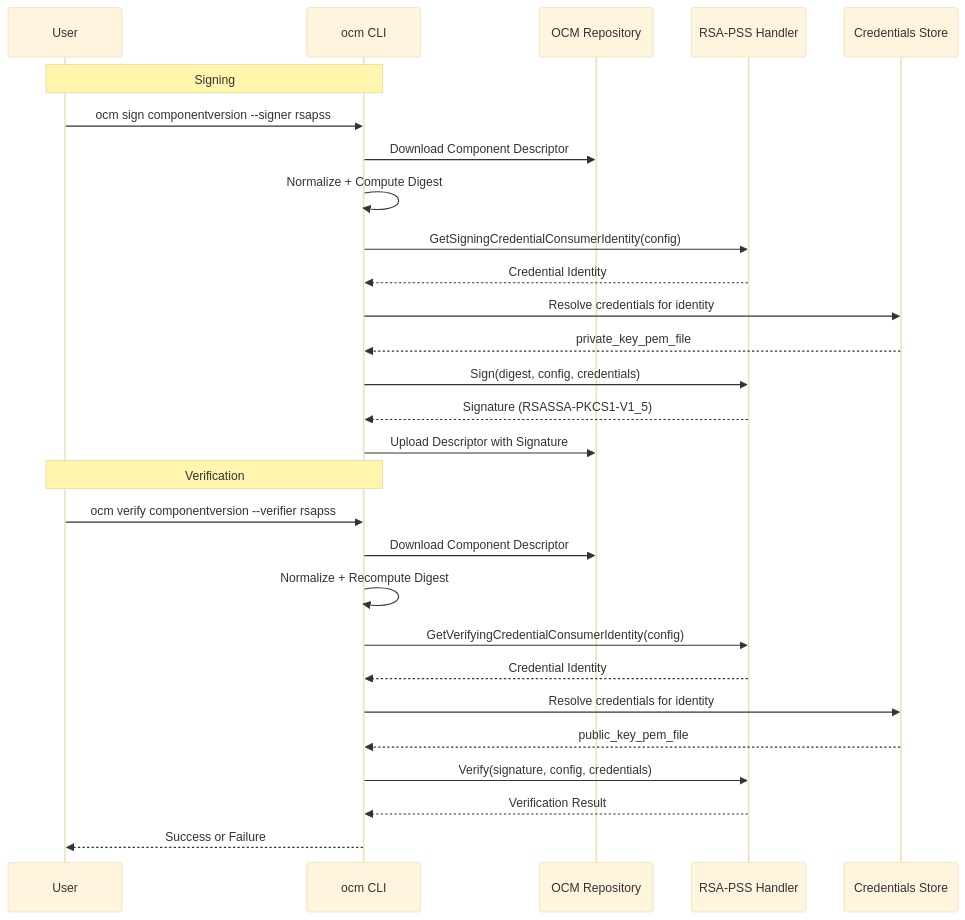
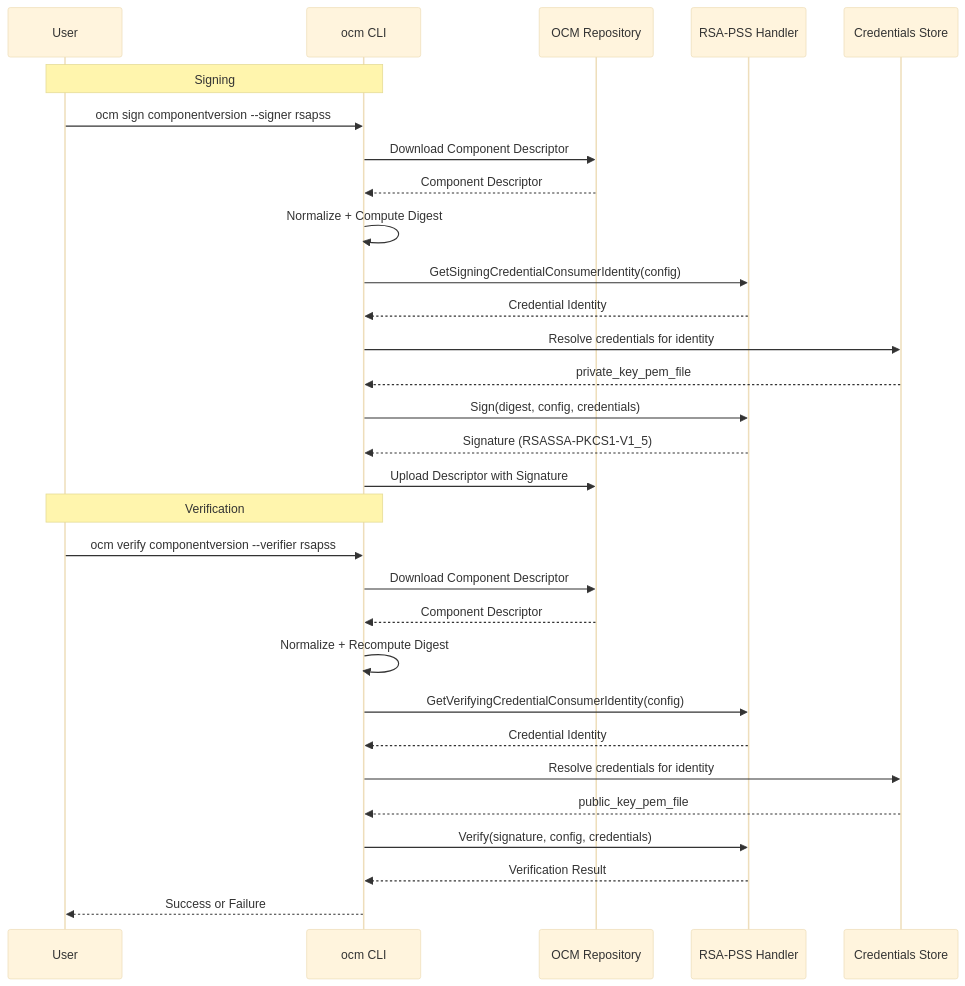
One commit to open-component-model/open-component-model changed the second of 3 diagrams in docs/adr/0008_signing_verification.md. Above: the diagram before and after it, drawn with Mermaid (base theme). The commit also changed other lines of this file, not shown here.

````diff
--- a/docs/adr/0008_signing_verification.md
+++ b/docs/adr/0008_signing_verification.md
@@ -258,33 +261,35 @@
 ```mermaid
 sequenceDiagram
     participant U as User
     participant CLI as ocm CLI
     participant Repo as OCM Repository
     participant Handler as RSA-PSS Handler
     participant Creds as Credentials Store
 
     Note over U,CLI: Signing
     U->>CLI: ocm sign componentversion --signer rsapss
     CLI->>Repo: Download Component Descriptor
+    Repo-->>CLI: Component Descriptor
     CLI->>CLI: Normalize + Compute Digest
     CLI->>Handler: GetSigningCredentialConsumerIdentity(config)
     Handler-->>CLI: Credential Identity
     CLI->>Creds: Resolve credentials for identity
     Creds-->>CLI: private_key_pem_file
     CLI->>Handler: Sign(digest, config, credentials)
     Handler-->>CLI: Signature (RSASSA-PKCS1-V1_5)
     CLI->>Repo: Upload Descriptor with Signature
 
     Note over U,CLI: Verification
     U->>CLI: ocm verify componentversion --verifier rsapss
     CLI->>Repo: Download Component Descriptor
+    Repo-->>CLI: Component Descriptor
     CLI->>CLI: Normalize + Recompute Digest
     CLI->>Handler: GetVerifyingCredentialConsumerIdentity(config)
     Handler-->>CLI: Credential Identity
     CLI->>Creds: Resolve credentials for identity
     Creds-->>CLI: public_key_pem_file
     CLI->>Handler: Verify(signature, config, credentials)
     Handler-->>CLI: Verification Result
     CLI-->>U: Success or Failure
 
 ```
````
